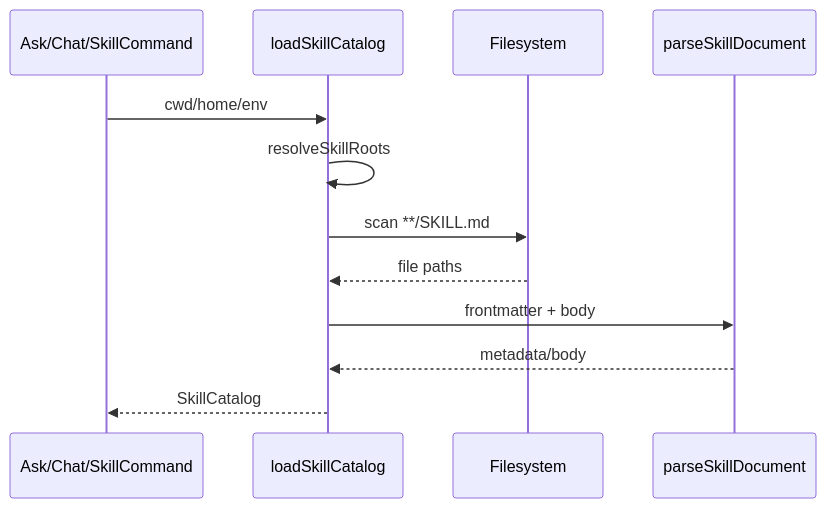
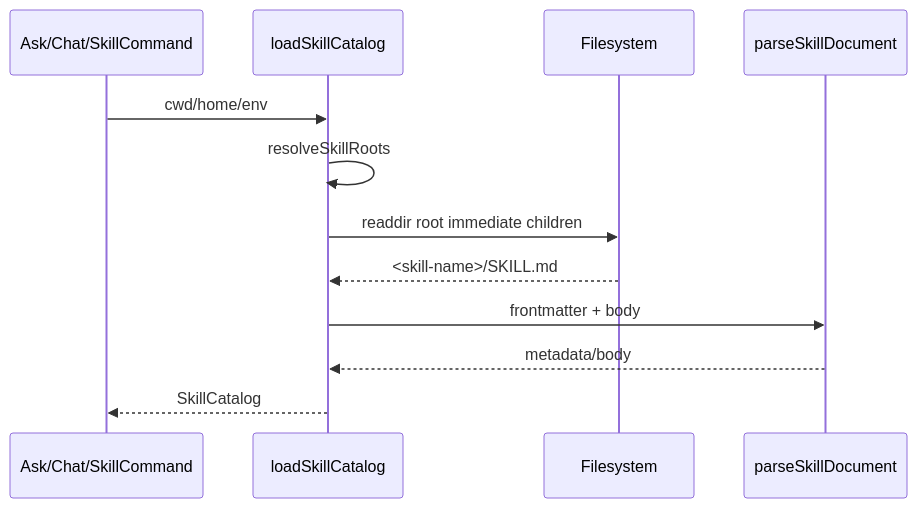
One commit to nova-agents-ai/nova-code changed the first of 3 diagrams in docs/architecture/M9-architecture.md. Above: the diagram before and after it, drawn with Mermaid. The commit also changed other lines of this file and 23 other files, not shown here.

````diff
--- a/docs/architecture/M9-architecture.md
+++ b/docs/architecture/M9-architecture.md
@@ -61,15 +66,15 @@
 ```mermaid
 sequenceDiagram
   participant CMD as Ask/Chat/SkillCommand
   participant L as loadSkillCatalog
   participant FS as Filesystem
   participant P as parseSkillDocument
 
   CMD->>L: cwd/home/env
   L->>L: resolveSkillRoots
-  L->>FS: scan **/SKILL.md
-  FS-->>L: file paths
+  L->>FS: readdir root immediate children
+  FS-->>L: <skill-name>/SKILL.md
   L->>P: frontmatter + body
   P-->>L: metadata/body
   L-->>CMD: SkillCatalog
 ```
````
